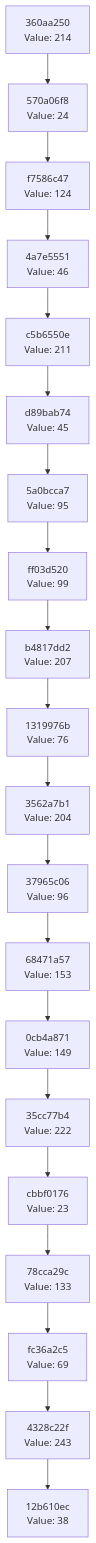
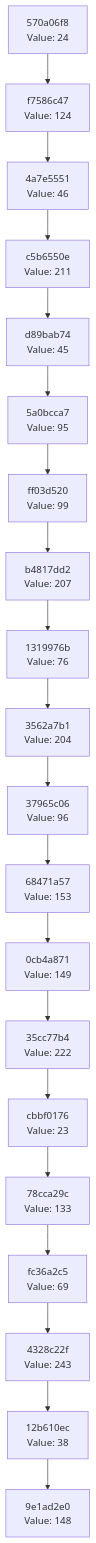
One commit to Abhisheksinha1506/hash-chain-evolver changed the diagram in docs/CHAIN_VISUALIZATION.md. Above: the diagram before and after it, drawn with Mermaid. The commit also changed 2 other files, not shown here.

Commit message:
Evolution step: hash 0x94 → action executed

````diff
--- a/docs/CHAIN_VISUALIZATION.md
+++ b/docs/CHAIN_VISUALIZATION.md
@@ -3,42 +3,42 @@
 ```mermaid
 graph TD
-    C0["12b610ec<br/>Value: 38"]
-    C1["4328c22f<br/>Value: 243"]
+    C0["9e1ad2e0<br/>Value: 148"]
+    C1["12b610ec<br/>Value: 38"]
     C1 --> C0
-    C2["fc36a2c5<br/>Value: 69"]
+    C2["4328c22f<br/>Value: 243"]
     C2 --> C1
-    C3["78cca29c<br/>Value: 133"]
+    C3["fc36a2c5<br/>Value: 69"]
     C3 --> C2
-    C4["cbbf0176<br/>Value: 23"]
+    C4["78cca29c<br/>Value: 133"]
     C4 --> C3
-    C5["35cc77b4<br/>Value: 222"]
+    C5["cbbf0176<br/>Value: 23"]
     C5 --> C4
-    C6["0cb4a871<br/>Value: 149"]
+    C6["35cc77b4<br/>Value: 222"]
     C6 --> C5
-    C7["68471a57<br/>Value: 153"]
+    C7["0cb4a871<br/>Value: 149"]
     C7 --> C6
-    C8["37965c06<br/>Value: 96"]
+    C8["68471a57<br/>Value: 153"]
     C8 --> C7
-    C9["3562a7b1<br/>Value: 204"]
+    C9["37965c06<br/>Value: 96"]
     C9 --> C8
-    C10["1319976b<br/>Value: 76"]
+    C10["3562a7b1<br/>Value: 204"]
     C10 --> C9
-    C11["b4817dd2<br/>Value: 207"]
+    C11["1319976b<br/>Value: 76"]
     C11 --> C10
-    C12["ff03d520<br/>Value: 99"]
+    C12["b4817dd2<br/>Value: 207"]
     C12 --> C11
-    C13["5a0bcca7<br/>Value: 95"]
+    C13["ff03d520<br/>Value: 99"]
     C13 --> C12
-    C14["d89bab74<br/>Value: 45"]
+    C14["5a0bcca7<br/>Value: 95"]
     C14 --> C13
-    C15["c5b6550e<br/>Value: 211"]
+    C15["d89bab74<br/>Value: 45"]
     C15 --> C14
-    C16["4a7e5551<br/>Value: 46"]
+    C16["c5b6550e<br/>Value: 211"]
     C16 --> C15
-    C17["f7586c47<br/>Value: 124"]
+    C17["4a7e5551<br/>Value: 46"]
     C17 --> C16
-    C18["570a06f8<br/>Value: 24"]
+    C18["f7586c47<br/>Value: 124"]
     C18 --> C17
-    C19["360aa250<br/>Value: 214"]
+    C19["570a06f8<br/>Value: 24"]
     C19 --> C18
 ```
````
